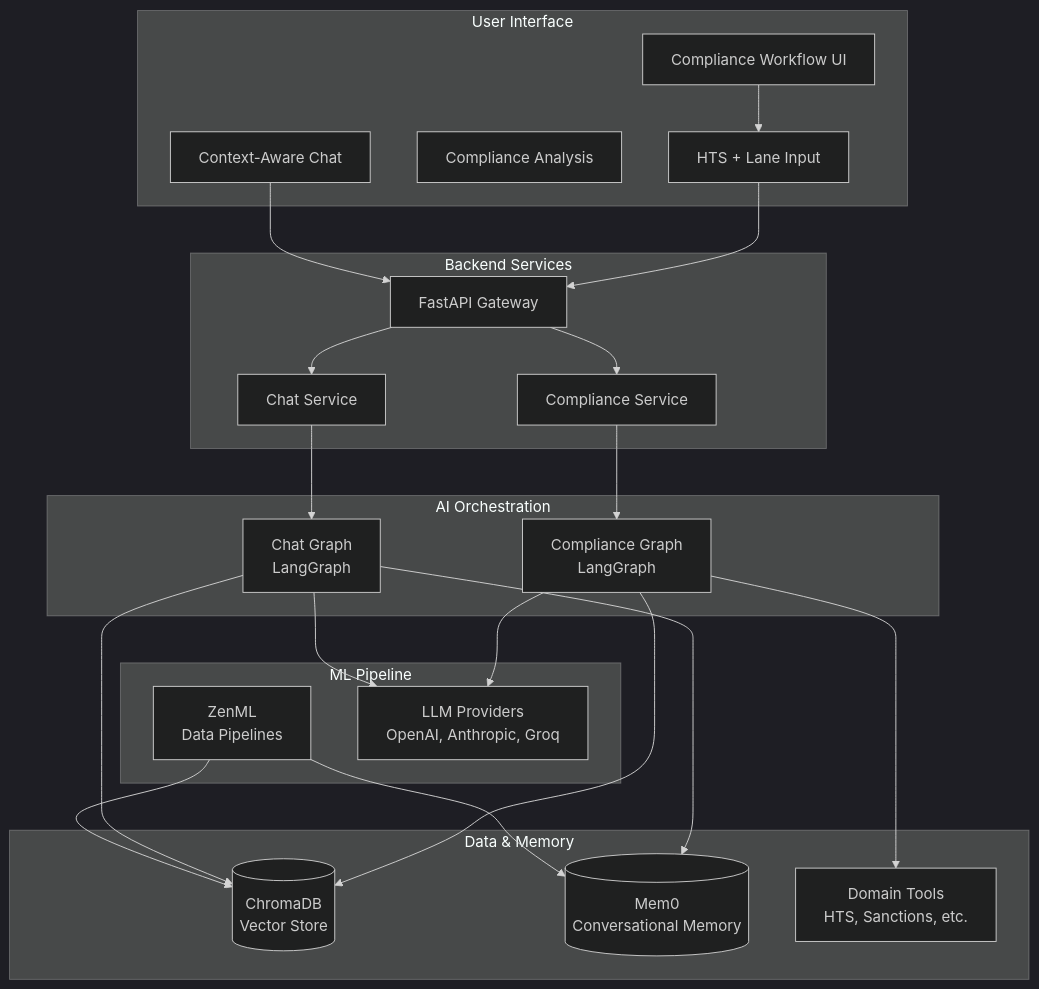
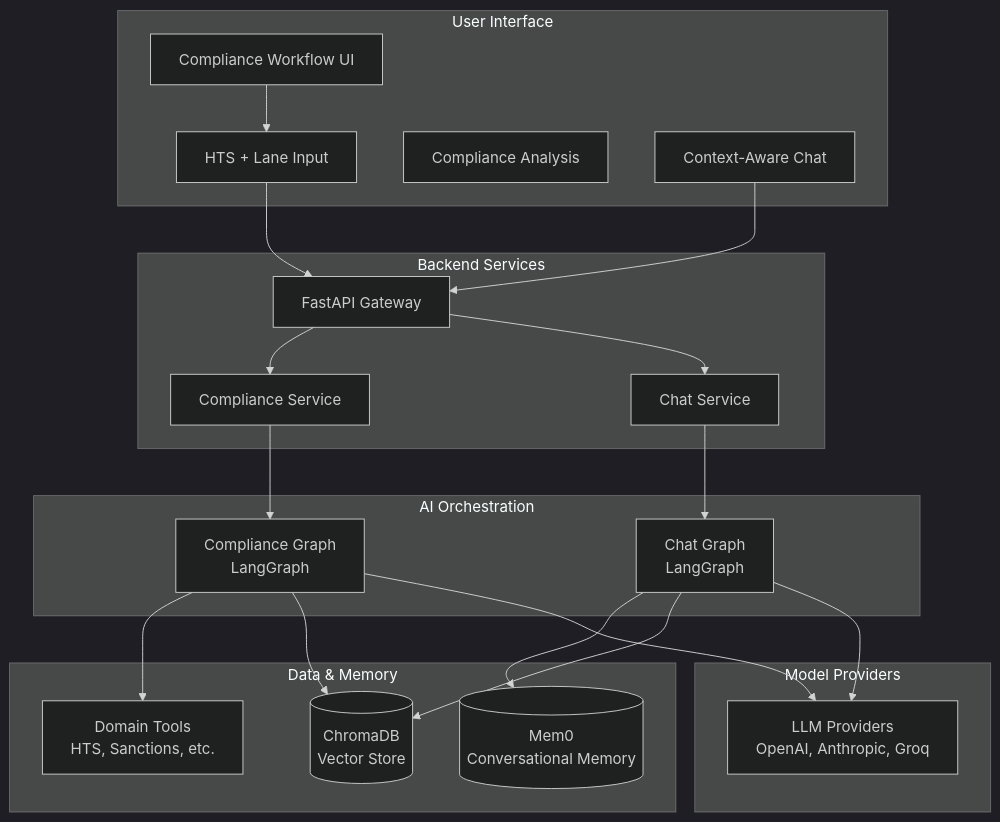
The diagram in docs/README.md (KevinDelta/exim-agent), drawn with Mermaid (dark theme) before and after one commit. The commit also changed other lines of this file and 54 other files, not shown here.

````diff
--- a/docs/README.md
+++ b/docs/README.md
@@ -32,50 +32,46 @@
 ```mermaid
 graph TB
     subgraph "User Interface"
         UI[Compliance Workflow UI]
         INPUT[HTS + Lane Input]
         SNAPSHOT[Compliance Analysis]
         CHAT[Context-Aware Chat]
     end
     
     subgraph "Backend Services"
         API[FastAPI Gateway]
         COMP[Compliance Service]
         CHAT_SVC[Chat Service]
     end
     
     subgraph "AI Orchestration"
         COMP_GRAPH[Compliance Graph<br/>LangGraph]
         CHAT_GRAPH[Chat Graph<br/>LangGraph]
     end
     
     subgraph "Data & Memory"
         CHROMA[(ChromaDB<br/>Vector Store)]
         MEM0[(Mem0<br/>Conversational Memory)]
         TOOLS[Domain Tools<br/>HTS, Sanctions, etc.]
     end
     
-    subgraph "ML Pipeline"
-        ZENML[ZenML<br/>Data Pipelines]
+    subgraph "Model Providers"
         LLM[LLM Providers<br/>OpenAI, Anthropic, Groq]
     end
     
     UI --> INPUT
     INPUT --> API
     API --> COMP
     COMP --> COMP_GRAPH
     COMP_GRAPH --> TOOLS
     COMP_GRAPH --> CHROMA
     
     CHAT --> API
     API --> CHAT_SVC
     CHAT_SVC --> CHAT_GRAPH
     CHAT_GRAPH --> MEM0
     CHAT_GRAPH --> CHROMA
     
     COMP_GRAPH --> LLM
     CHAT_GRAPH --> LLM
-    
-    ZENML --> CHROMA
-    ZENML --> MEM0
 ```
````
